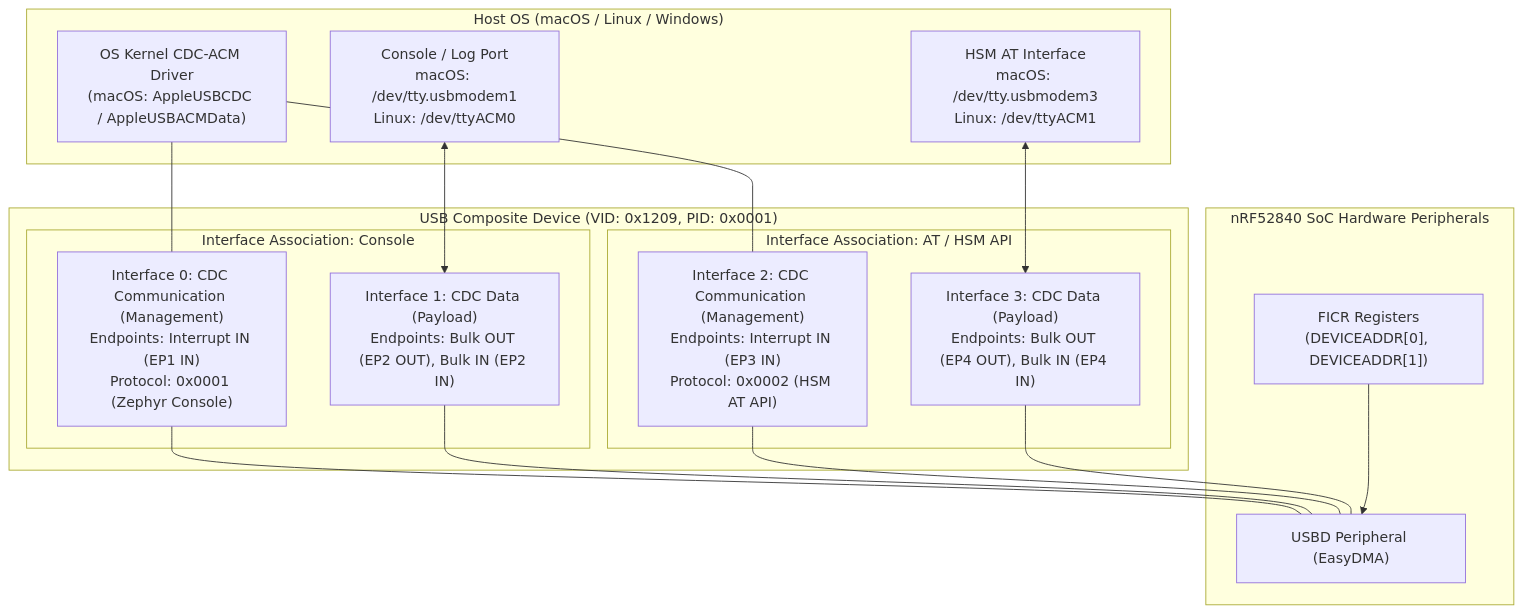
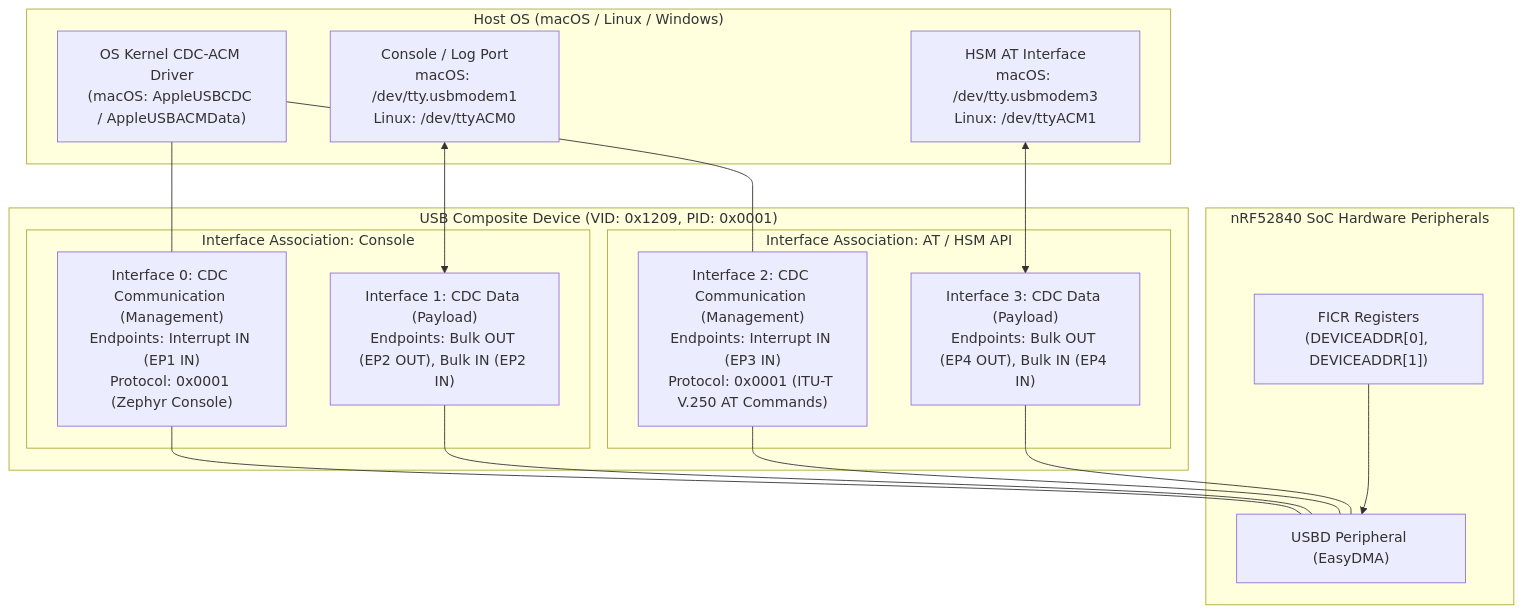
The first of 2 diagrams in Architecture/USB Composite Stack.md (gpfister/hsm-obsidian), drawn with Mermaid before and after one commit. The commit also changed other lines of this file and 34 other files, not shown here.

````diff
--- a/Architecture/USB Composite Stack.md
+++ b/Architecture/USB Composite Stack.md
@@ -25,34 +26,34 @@
 ```mermaid
 graph TD
     subgraph Host ["Host OS (macOS / Linux / Windows)"]
         DEXT["OS Kernel CDC-ACM Driver\n(macOS: AppleUSBCDC / AppleUSBACMData)"]
         DEV1["Console / Log Port\nmacOS: /dev/tty.usbmodem<BLE_ADDR>1\nLinux: /dev/ttyACM0"]
         DEV2["HSM AT Interface\nmacOS: /dev/tty.usbmodem<BLE_ADDR>3\nLinux: /dev/ttyACM1"]
     end
 
     subgraph USB ["USB Composite Device (VID: 0x1209, PID: 0x0001)"]
         subgraph IAD0 ["Interface Association: Console"]
             IF0["Interface 0: CDC Communication (Management)\nEndpoints: Interrupt IN (EP1 IN)\nProtocol: 0x0001 (Zephyr Console)"]
             IF1["Interface 1: CDC Data (Payload)\nEndpoints: Bulk OUT (EP2 OUT), Bulk IN (EP2 IN)"]
         end
         subgraph IAD1 ["Interface Association: AT / HSM API"]
-            IF2["Interface 2: CDC Communication (Management)\nEndpoints: Interrupt IN (EP3 IN)\nProtocol: 0x0002 (HSM AT API)"]
+            IF2["Interface 2: CDC Communication (Management)\nEndpoints: Interrupt IN (EP3 IN)\nProtocol: 0x0001 (ITU-T V.250 AT Commands)"]
             IF3["Interface 3: CDC Data (Payload)\nEndpoints: Bulk OUT (EP4 OUT), Bulk IN (EP4 IN)"]
         end
     end
 
     subgraph Hardware ["nRF52840 SoC Hardware Peripherals"]
         USBD["USBD Peripheral (EasyDMA)"]
         FICR["FICR Registers\n(DEVICEADDR[0], DEVICEADDR[1])"]
     end
 
     DEV1 <--> IF1
     DEV2 <--> IF3
     DEXT --- IF0
     DEXT --- IF2
     IF0 --- USBD
     IF1 --- USBD
     IF2 --- USBD
     IF3 --- USBD
     FICR --> USBD
 ```
````
